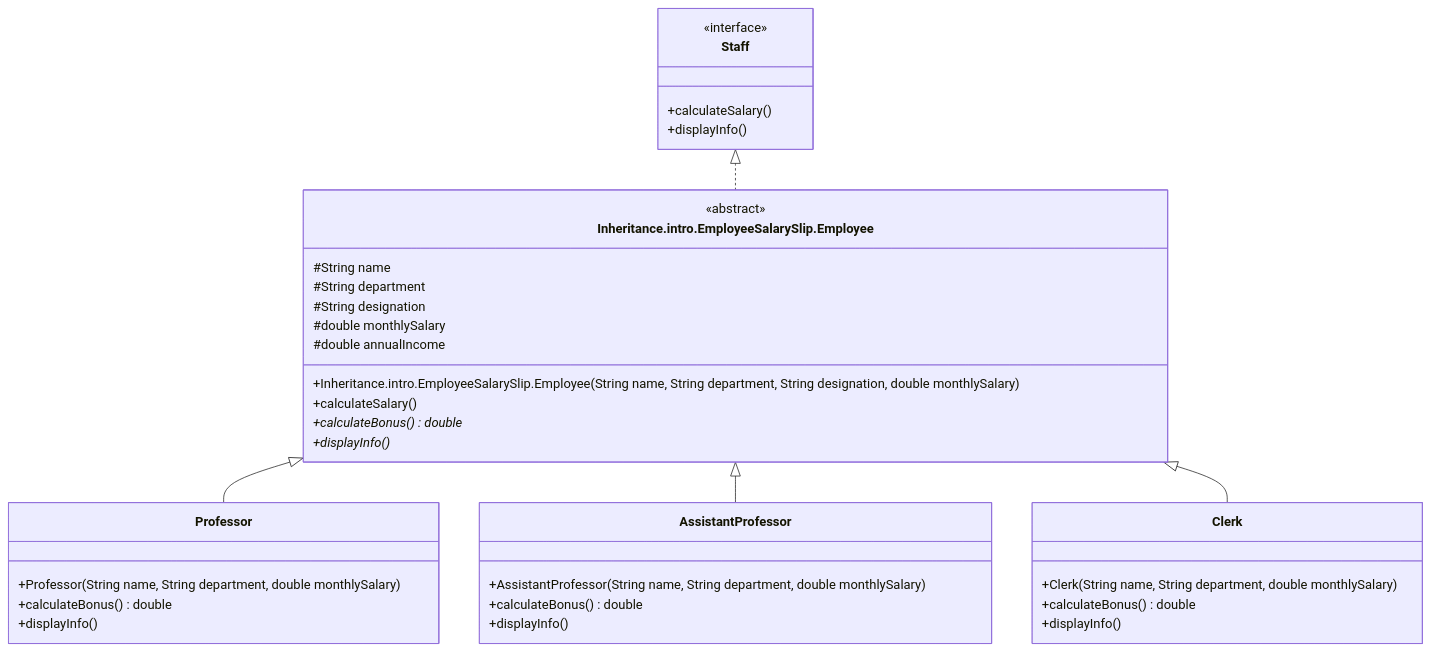
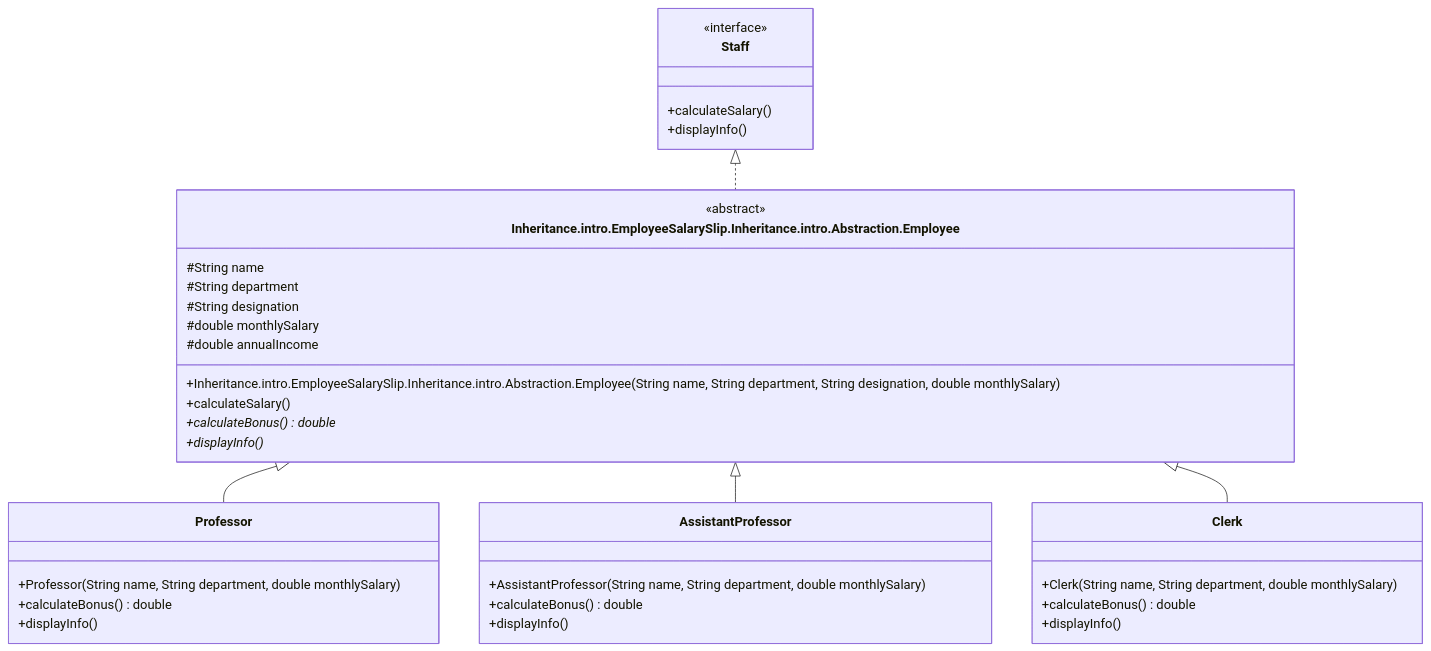
One commit to harshit001-2023/Object-Oriented-Programming-with-Java changed the diagram in universityStaff/readme.md. Above: the diagram before and after it, drawn with Mermaid. The commit also changed other lines of this file and 9 other files, not shown here.

````diff
--- a/universityStaff/readme.md
+++ b/universityStaff/readme.md
@@ -7,46 +7,46 @@
 ```mermaid
 classDiagram
     direction TB
     
     class Staff {
         <<interface>>
         +calculateSalary()
         +displayInfo()
     }
     
-    class Inheritance.intro.EmployeeSalarySlip.Employee {
+    class Inheritance.intro.EmployeeSalarySlip.Inheritance.intro.Abstraction.Employee {
         <<abstract>>
         #String name
         #String department
         #String designation
         #double monthlySalary
         #double annualIncome
-        +Inheritance.intro.EmployeeSalarySlip.Employee(String name, String department, String designation, double monthlySalary)
+        +Inheritance.intro.EmployeeSalarySlip.Inheritance.intro.Abstraction.Employee(String name, String department, String designation, double monthlySalary)
         +calculateSalary()
         +calculateBonus()* double
         +displayInfo()*
     }
     
     class Professor {
         +Professor(String name, String department, double monthlySalary)
         +calculateBonus() double
         +displayInfo()
     }
     
     class AssistantProfessor {
         +AssistantProfessor(String name, String department, double monthlySalary)
         +calculateBonus() double
         +displayInfo()
     }
     
     class Clerk {
         +Clerk(String name, String department, double monthlySalary)
         +calculateBonus() double
         +displayInfo()
     }
     
-    Staff <|.. Inheritance.intro.EmployeeSalarySlip.Employee
-    Inheritance.intro.EmployeeSalarySlip.Employee <|-- Professor
-    Inheritance.intro.EmployeeSalarySlip.Employee <|-- AssistantProfessor
-    Inheritance.intro.EmployeeSalarySlip.Employee <|-- Clerk
+    Staff <|.. Inheritance.intro.EmployeeSalarySlip.Inheritance.intro.Abstraction.Employee
+    Inheritance.intro.EmployeeSalarySlip.Inheritance.intro.Abstraction.Employee <|-- Professor
+    Inheritance.intro.EmployeeSalarySlip.Inheritance.intro.Abstraction.Employee <|-- AssistantProfessor
+    Inheritance.intro.EmployeeSalarySlip.Inheritance.intro.Abstraction.Employee <|-- Clerk
 ```
````
